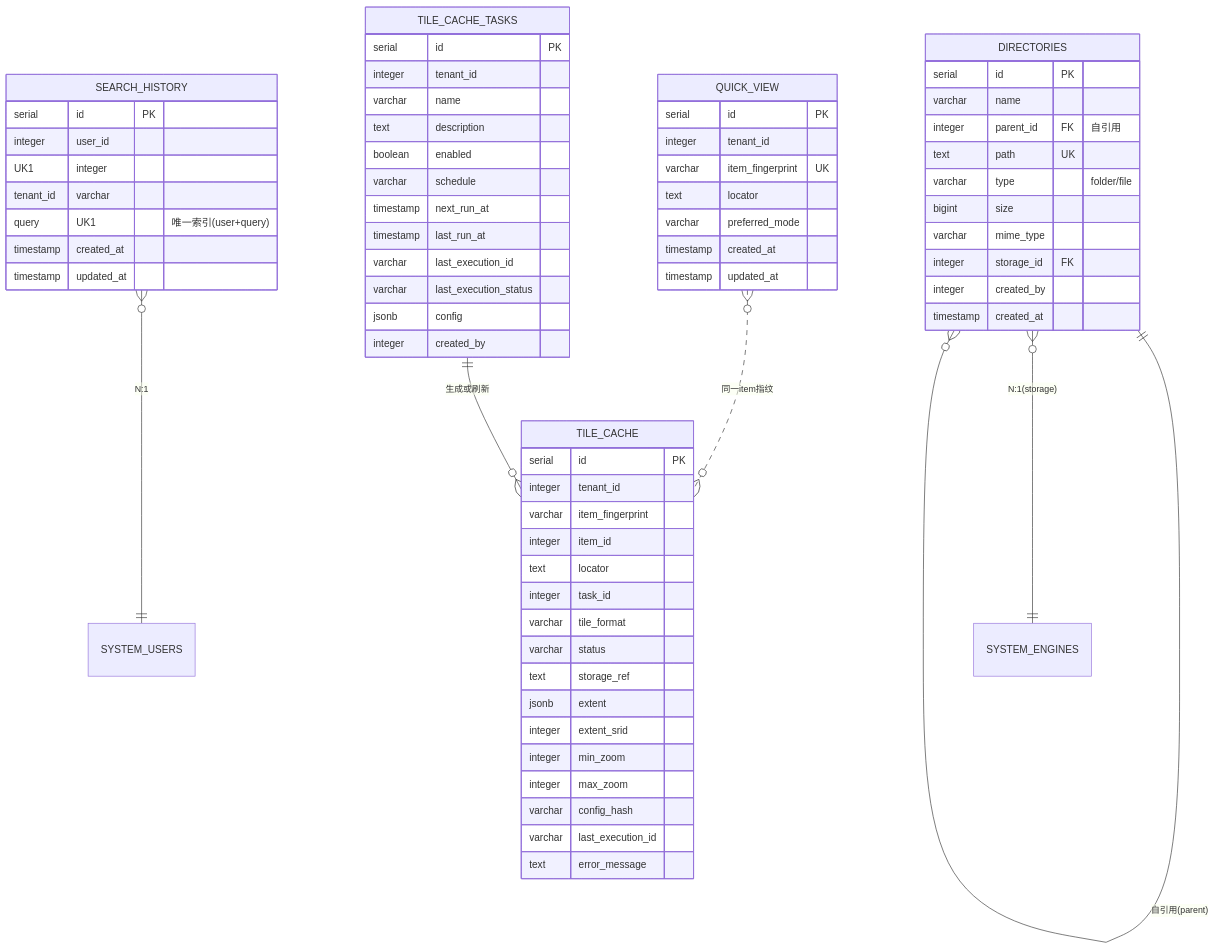
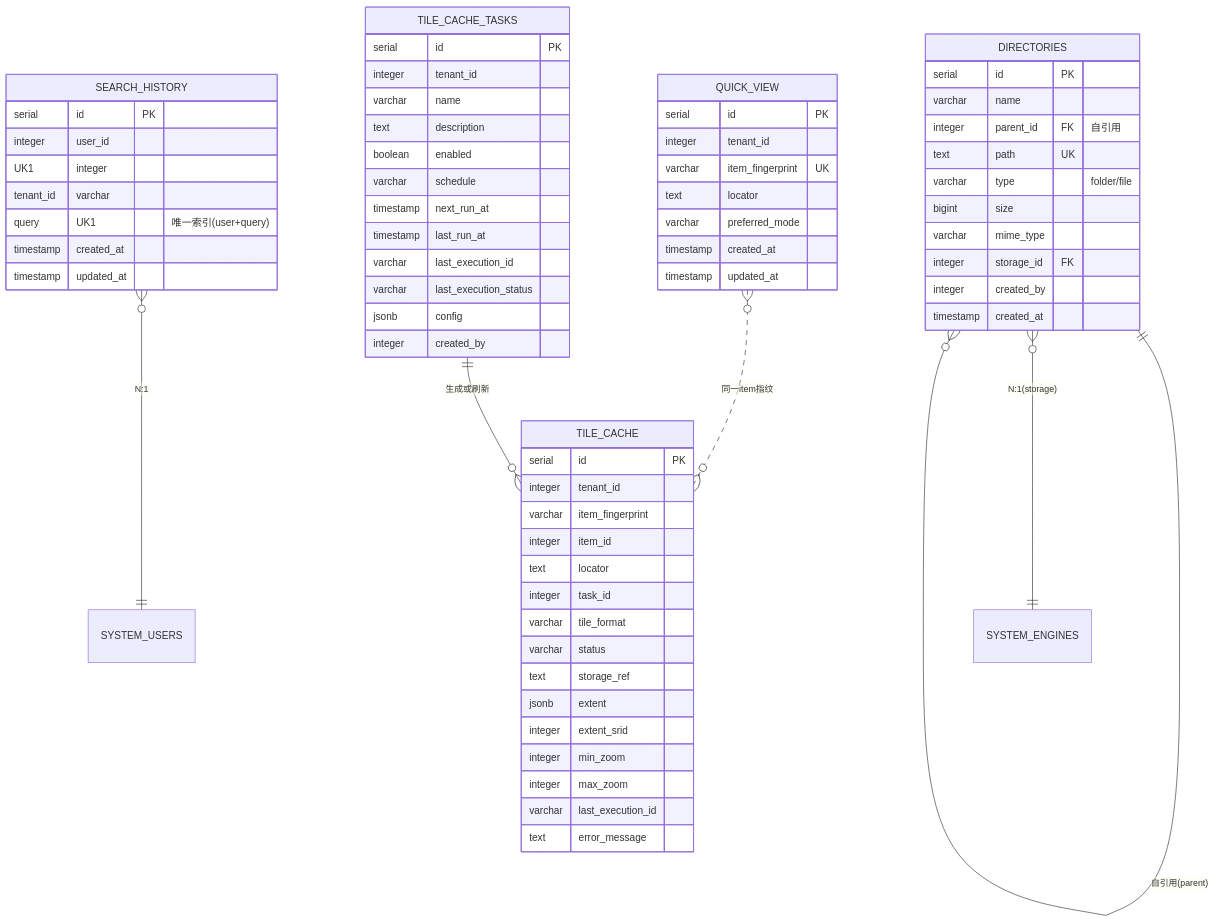
The diagram in manager/docs/数据库架构.md (pampa0629/addp), drawn with Mermaid before and after one commit. The commit also changed other lines of this file and 64 other files, not shown here.

````diff
--- a/manager/docs/数据库架构.md
+++ b/manager/docs/数据库架构.md
@@ -33,74 +33,73 @@
 ```mermaid
 erDiagram
     DIRECTORIES ||--o{ DIRECTORIES : "自引用(parent)"
     DIRECTORIES }o--|| SYSTEM_ENGINES : "N:1(storage)"
     SEARCH_HISTORY }o--|| SYSTEM_USERS : "N:1"
     QUICK_VIEW }o..o{ TILE_CACHE : "同一item指纹"
     TILE_CACHE_TASKS ||--o{ TILE_CACHE : "生成或刷新"
     
     DIRECTORIES {
         serial id PK
         varchar name
         integer parent_id FK "自引用"
         text path UK
         varchar type "folder/file"
         bigint size
         varchar mime_type
         integer storage_id FK
         integer created_by
         timestamp created_at
     }
     
     SEARCH_HISTORY {
         serial id PK
         integer user_id UK1
         integer tenant_id
         varchar query UK1 "唯一索引(user+query)"
         timestamp created_at
         timestamp updated_at
     }
     
     QUICK_VIEW {
         serial id PK
         integer tenant_id
         varchar item_fingerprint UK
         text locator
         varchar preferred_mode
         timestamp created_at
         timestamp updated_at
     }
 
     TILE_CACHE {
         serial id PK
         integer tenant_id
         varchar item_fingerprint
         integer item_id
         text locator
         integer task_id
         varchar tile_format
         varchar status
         text storage_ref
         jsonb extent
         integer extent_srid
         integer min_zoom
         integer max_zoom
-        varchar config_hash
         varchar last_execution_id
         text error_message
     }
 
     TILE_CACHE_TASKS {
         serial id PK
         integer tenant_id
         varchar name
         text description
         boolean enabled
         varchar schedule
         timestamp next_run_at
         timestamp last_run_at
         varchar last_execution_id
         varchar last_execution_status
         jsonb config
         integer created_by
     }
 ```
````
